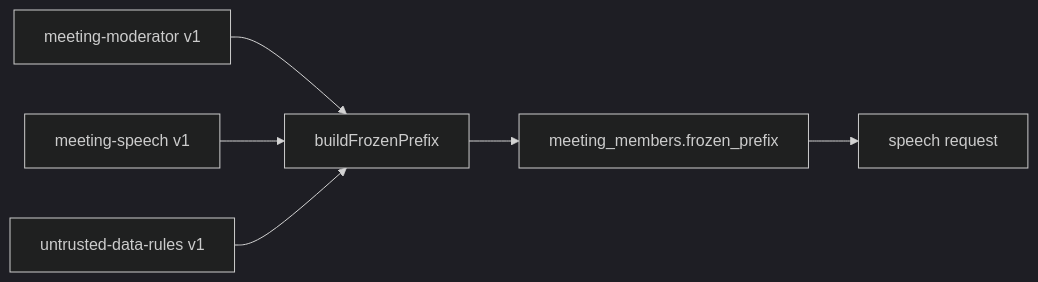
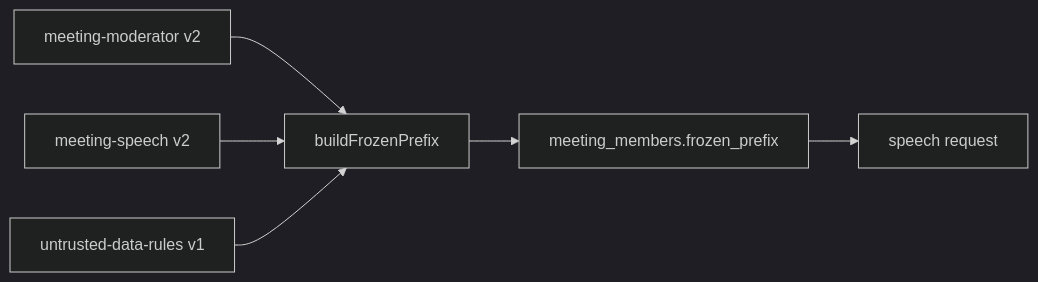
The diagram in packages/prompts/meeting-moderator/README.md (Ambar-13/Meta-hackathon), drawn with Mermaid (dark theme) before and after one commit. The commit also changed other lines of this file and 124 other files, not shown here.

````diff
--- a/packages/prompts/meeting-moderator/README.md
+++ b/packages/prompts/meeting-moderator/README.md
@@ -15,8 +15,8 @@
 ```mermaid
 flowchart LR
-  M[meeting-moderator v1] --> P[buildFrozenPrefix]
-  S[meeting-speech v1] --> P
+  M[meeting-moderator v2] --> P[buildFrozenPrefix]
+  S[meeting-speech v2] --> P
   U[untrusted-data-rules v1] --> P
   P --> F[meeting_members.frozen_prefix]
   F --> R[speech request]
 ```
````
